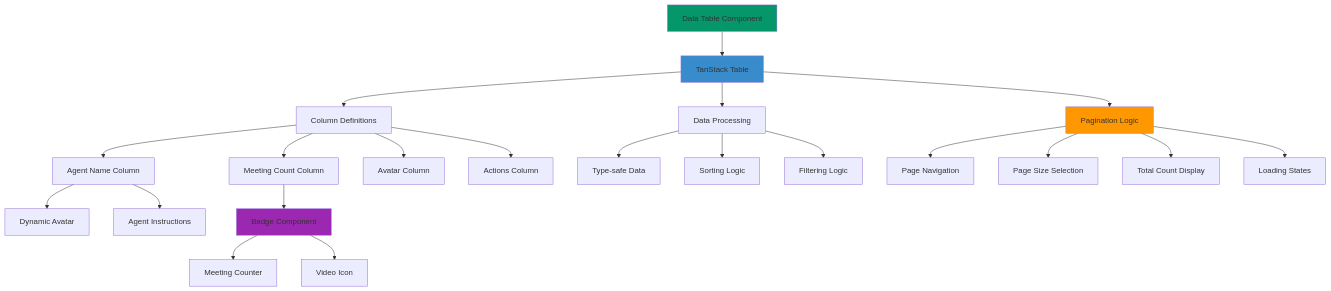
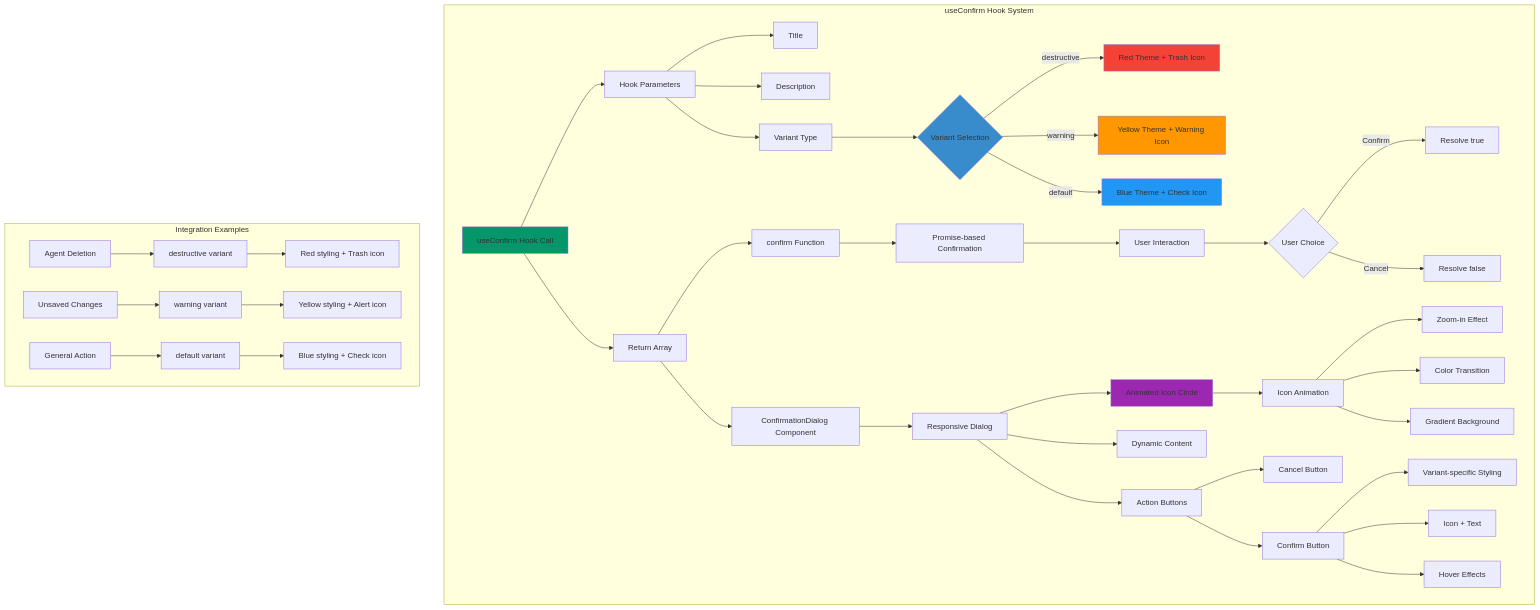
The seventh of 14 diagrams in README.md (felipesanchez-dev/agentesia), drawn with Mermaid before and after one commit. The commit also changed other lines of this file, not shown here.

Commit message:
Implement feature X to enhance user experience and fix bug Y in module Z

````diff
--- a/README.md
+++ b/README.md
@@ -623,33 +635,58 @@
 ```mermaid
 graph TB
-    A[Data Table Component] --> B[TanStack Table]
-    B --> C[Column Definitions]
-    B --> D[Data Processing]
-    B --> E[Pagination Logic]
+    subgraph "useConfirm Hook System"
+        A[useConfirm Hook Call] --> B[Hook Parameters]
+        B --> C[Title]
+        B --> D[Description]
+        B --> E[Variant Type]
 
-    C --> C1[Agent Name Column]
-    C --> C2[Meeting Count Column]
-    C --> C3[Avatar Column]
-    C --> C4[Actions Column]
+        E --> F{Variant Selection}
+        F -->|destructive| G[Red Theme + Trash Icon]
+        F -->|warning| H[Yellow Theme + Warning Icon]
+        F -->|default| I[Blue Theme + Check Icon]
 
-    C1 --> C5[Dynamic Avatar]
-    C1 --> C6[Agent Instructions]
+        A --> J[Return Array]
+        J --> K[ConfirmationDialog Component]
+        J --> L[confirm Function]
 
-    C2 --> C7[Badge Component]
-    C7 --> C8[Meeting Counter]
-    C7 --> C9[Video Icon]
+        L --> M[Promise-based Confirmation]
+        M --> N[User Interaction]
+        N --> O{User Choice}
+        O -->|Confirm| P[Resolve true]
+        O -->|Cancel| Q[Resolve false]
 
-    D --> D1[Type-safe Data]
-    D --> D2[Sorting Logic]
-    D --> D3[Filtering Logic]
+        K --> R[Responsive Dialog]
+        R --> S[Animated Icon Circle]
+        R --> T[Dynamic Content]
+        R --> U[Action Buttons]
 
-    E --> E1[Page Navigation]
-    E --> E2[Page Size Selection]
-    E --> E3[Total Count Display]
-    E --> E4[Loading States]
+        S --> V[Icon Animation]
+        V --> W[Zoom-in Effect]
+        V --> X[Color Transition]
+        V --> Y[Gradient Background]
+
+        U --> Z[Cancel Button]
+        U --> AA[Confirm Button]
+        AA --> BB[Variant-specific Styling]
+        AA --> CC[Icon + Text]
+        AA --> DD[Hover Effects]
+    end
+
+    subgraph "Integration Examples"
+        EE[Agent Deletion] --> FF["destructive variant"]
+        FF --> GG[Red styling + Trash icon]
+        
+        HH[Unsaved Changes] --> II["warning variant"]
+        II --> JJ[Yellow styling + Alert icon]
+        
+        KK[General Action] --> LL["default variant"]
+        LL --> MM[Blue styling + Check icon]
+    end
 
     style A fill:#059669
-    style B fill:#398CCB
-    style C7 fill:#9c27b0
-    style E fill:#ff9800
+    style F fill:#398CCB
+    style G fill:#f44336
+    style H fill:#ff9800
+    style I fill:#2196f3
+    style S fill:#9c27b0
 ```
````
